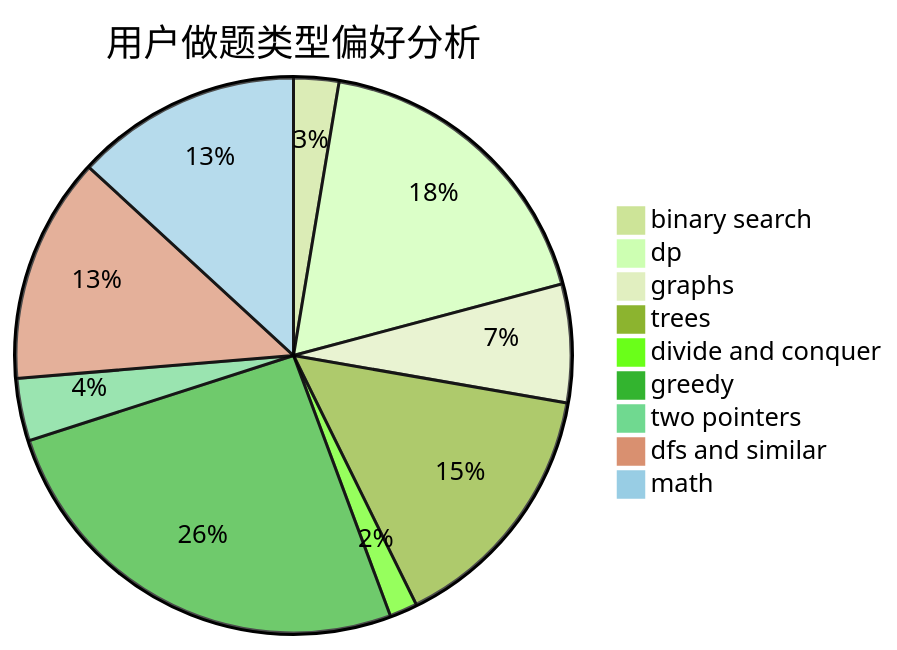
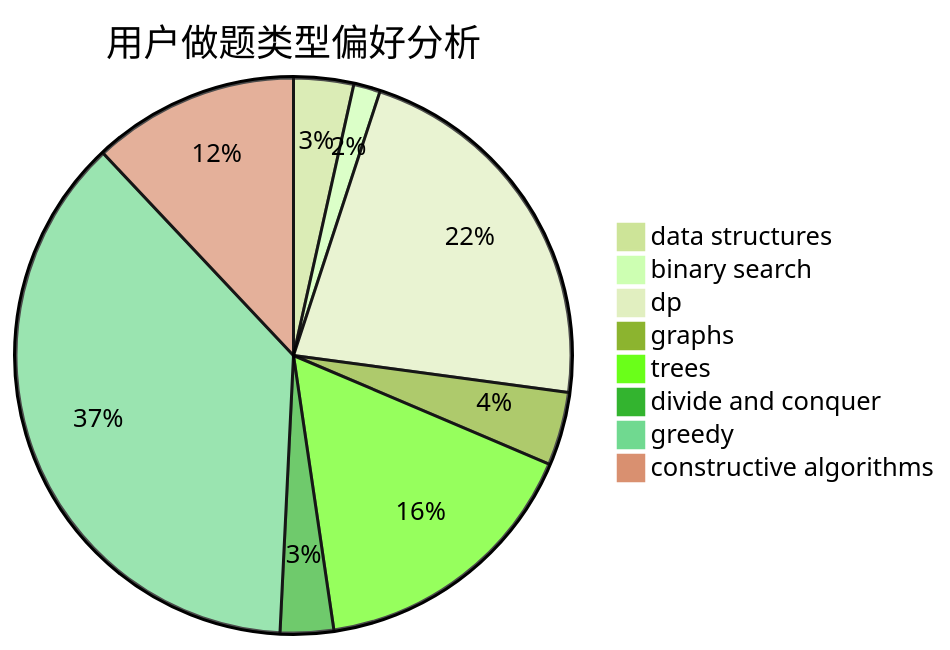
One commit to sherpahu/cfrs.github.io changed the second of 3 diagrams in docs/user/u1611.md. Above: the diagram before and after it, drawn with Mermaid (forest theme). The commit also changed other lines of this file and 2775 other files, not shown here.

````diff
--- a/docs/user/u1611.md
+++ b/docs/user/u1611.md
@@ -23,12 +23,11 @@
 ```mermaid
 pie title 用户做题类型偏好分析
-    "binary search" :  13
-    "dp" :  90
-    "graphs" :  34
-    "trees" :  74
+    "data structures" :  9
+    "binary search" :  4
+    "dp" :  57
+    "graphs" :  11
+    "trees" :  42
     "divide and conquer" :  8
-    "greedy" :  127
-    "two pointers" :  18
-    "dfs and similar" :  65
-    "math" :  65
+    "greedy" :  96
+    "constructive algorithms" :  31
 ```
````
